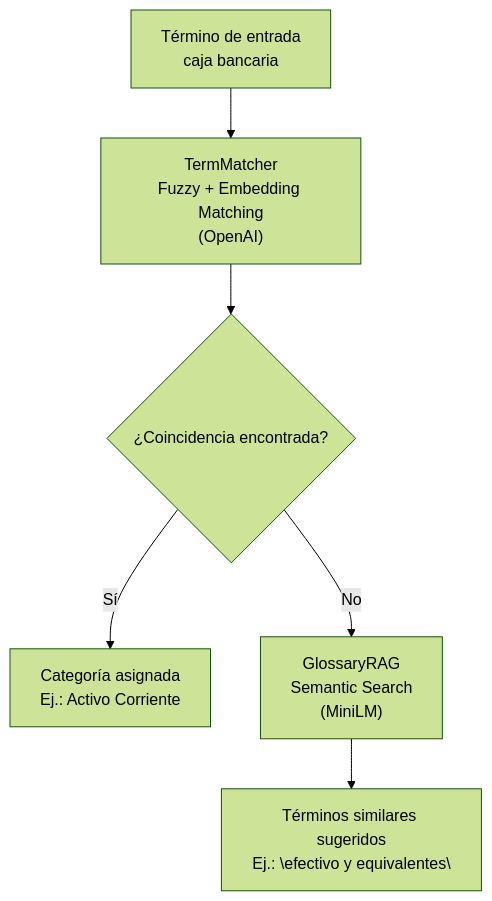
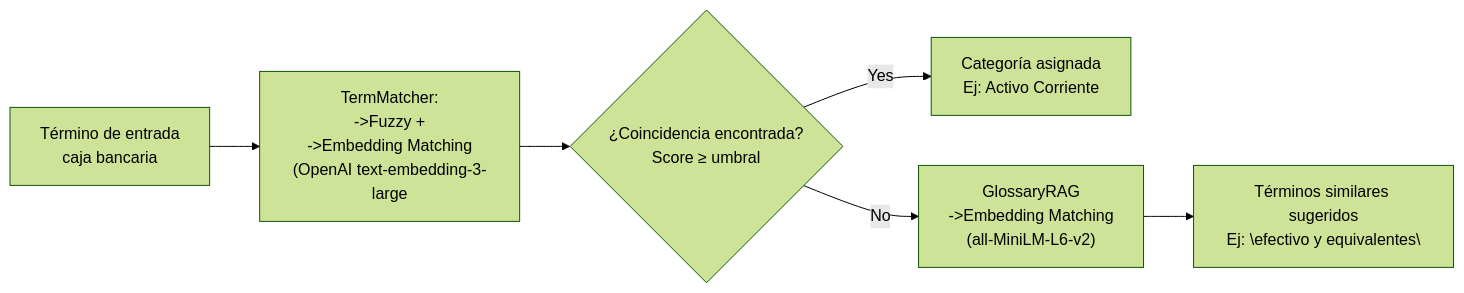
Before and after one commit to Ferx096/test_ocr: the diagram in README.md, drawn with Mermaid (forest theme). The commit also changed other lines of this file, not shown here.

````diff
--- a/README.md
+++ b/README.md
@@ -48,9 +49,9 @@
 ```mermaid
-flowchart TD
+flowchart LR
     A["Término de entrada<br>caja bancaria"];
-    A --> B["TermMatcher<br>Fuzzy + Embedding Matching<br>(OpenAI)"];
-    B --> C{"¿Coincidencia encontrada?"};
-    C -- Sí --> D["Categoría asignada<br>Ej.: Activo Corriente"];
-    C -- No --> E["GlossaryRAG<br>Semantic Search<br>(MiniLM)"];
-    E --> F["Términos similares sugeridos<br>Ej.: \"efectivo y equivalentes\""];
+    A --> B["TermMatcher:<br>->Fuzzy +<br>->Embedding Matching<br>(OpenAI text-embedding-3-large"];
+    B --> C{"¿Coincidencia encontrada?<br>Score ≥ umbral"};
+    C -->|Yes| D["Categoría asignada<br>Ej: Activo Corriente"];
+    C -->|No| E["GlossaryRAG<br>->Embedding Matching <br>(all-MiniLM-L6-v2)"];
+    E --> F["Términos similares sugeridos<br>Ej: \"efectivo y equivalentes\""];
 ```
````
